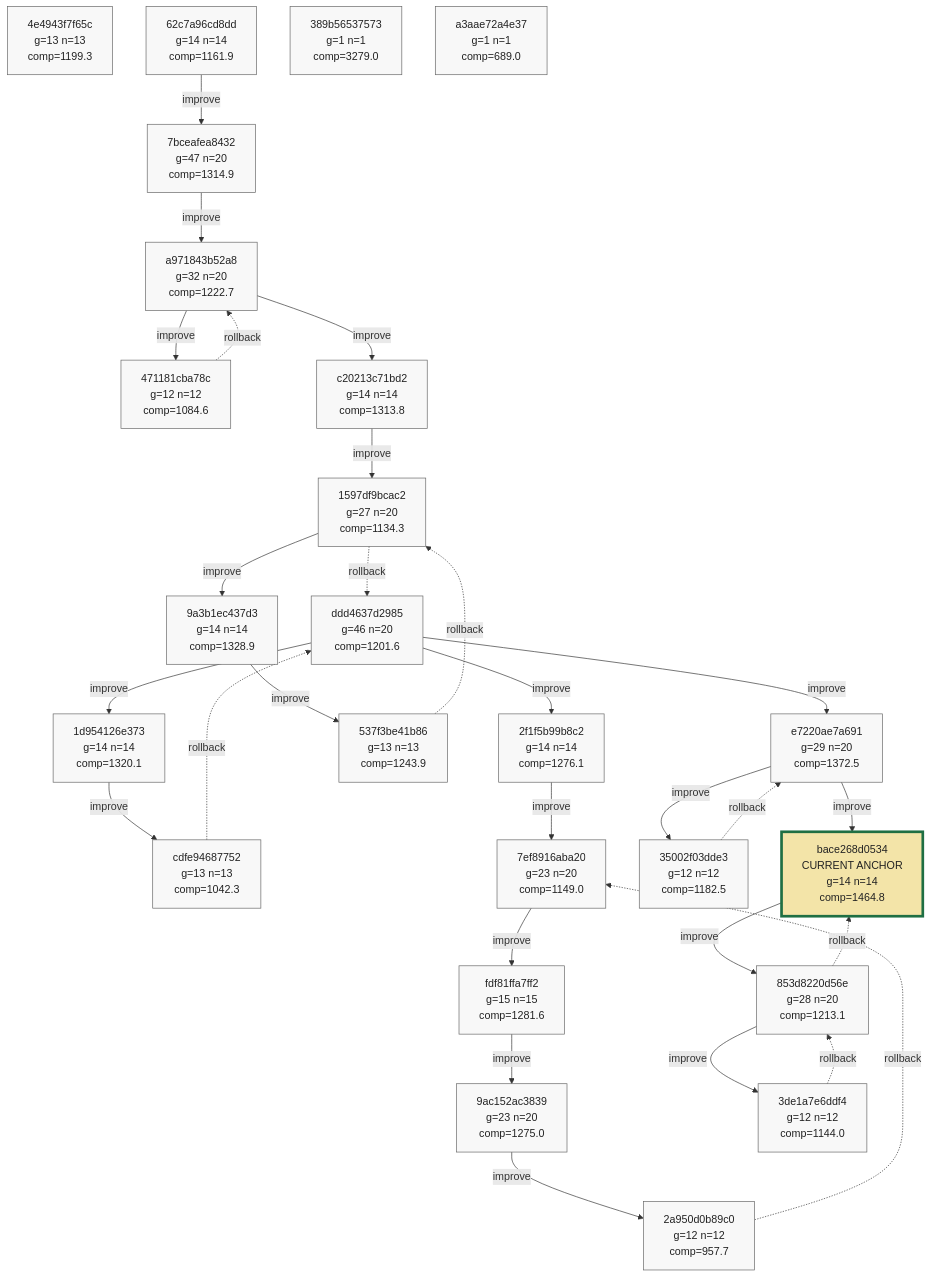
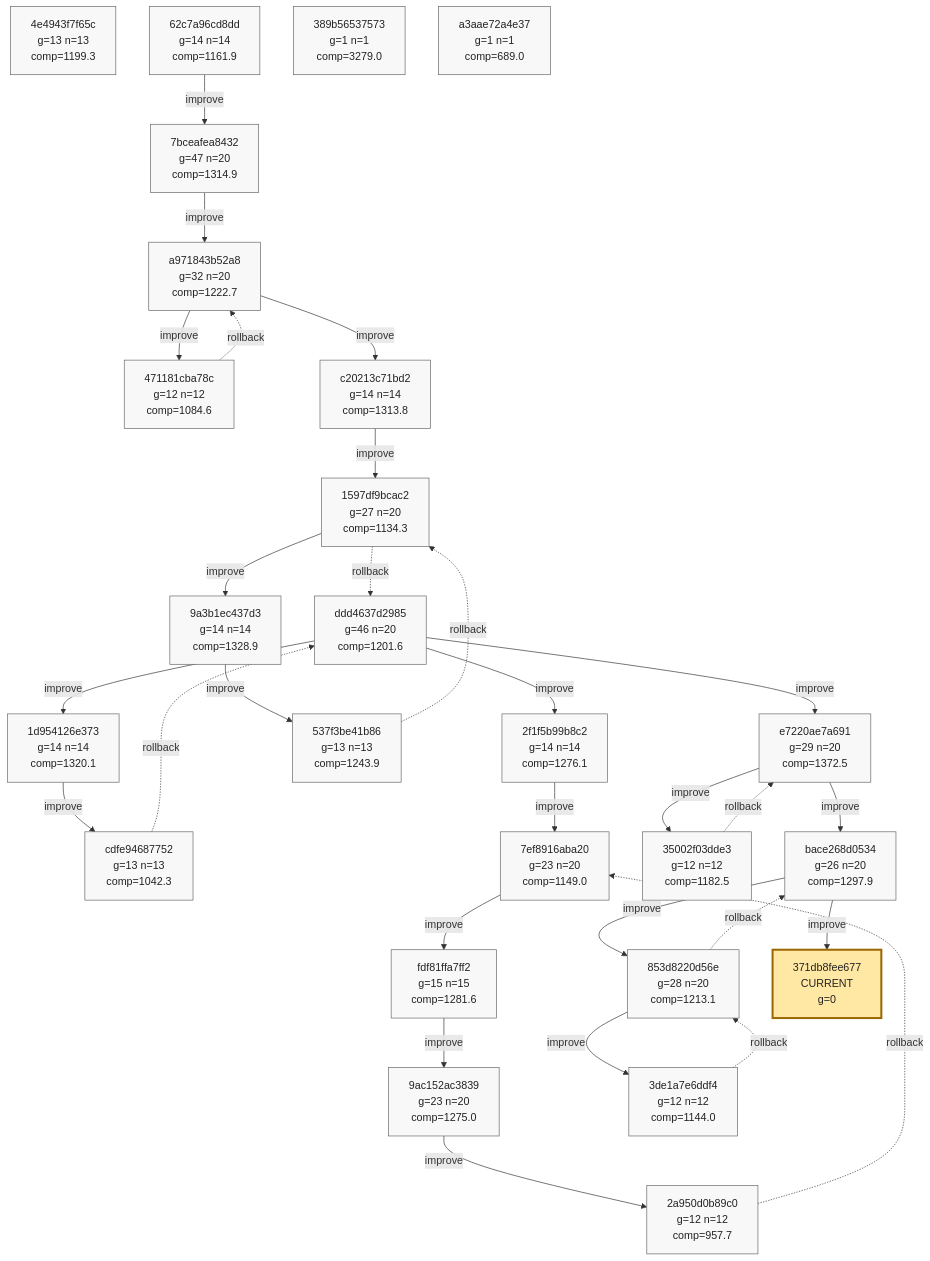
The ninth of 9 diagrams in phyrogenetic-tree.md (azumag/soviet_now), drawn with Mermaid before and after one commit. The commit also changed other lines of this file, not shown here.

Commit message:
eloop Improve after 12 games (scores: 1499 1086 2591 969 1758 1156 1054 1760 1198 1497 1861 958)

````diff
--- a/phyrogenetic-tree.md
+++ b/phyrogenetic-tree.md
@@ -2249,11 +2250,12 @@
     h_537f3be41b86["537f3be41b86<br/>g=13 n=13<br/>comp=1243.9"]
     h_e7220ae7a691["e7220ae7a691<br/>g=29 n=20<br/>comp=1372.5"]
     h_35002f03dde3["35002f03dde3<br/>g=12 n=12<br/>comp=1182.5"]
-    h_bace268d0534["bace268d0534<br/>CURRENT ANCHOR<br/>g=14 n=14<br/>comp=1464.8"]
+    h_bace268d0534["bace268d0534<br/>g=26 n=20<br/>comp=1297.9"]
     h_853d8220d56e["853d8220d56e<br/>g=28 n=20<br/>comp=1213.1"]
     h_3de1a7e6ddf4["3de1a7e6ddf4<br/>g=12 n=12<br/>comp=1144.0"]
     h_389b56537573["389b56537573<br/>g=1 n=1<br/>comp=3279.0"]
     h_a3aae72a4e37["a3aae72a4e37<br/>g=1 n=1<br/>comp=689.0"]
+    h_371db8fee677["371db8fee677<br/>CURRENT<br/>g=0"]
 
     h_ddd4637d2985 -->|improve| h_1d954126e373
     h_1d954126e373 -->|improve| h_cdfe94687752
@@ -2282,6 +2284,7 @@
     h_853d8220d56e -->|improve| h_3de1a7e6ddf4
     h_3de1a7e6ddf4 -. rollback .-> h_853d8220d56e
     h_853d8220d56e -. rollback .-> h_bace268d0534
+    h_bace268d0534 -->|improve| h_371db8fee677
 
     classDef plain fill:#f8f8f8,stroke:#666,stroke-width:1px,color:#222;
     classDef current fill:#ffe8a3,stroke:#9a6700,stroke-width:3px,color:#222;
@@ -2307,9 +2310,10 @@
     class h_537f3be41b86 plain;
     class h_e7220ae7a691 plain;
     class h_35002f03dde3 plain;
-    class h_bace268d0534 current_anchor;
+    class h_bace268d0534 plain;
     class h_853d8220d56e plain;
     class h_3de1a7e6ddf4 plain;
     class h_389b56537573 plain;
     class h_a3aae72a4e37 plain;
+    class h_371db8fee677 current;
 ```
````
